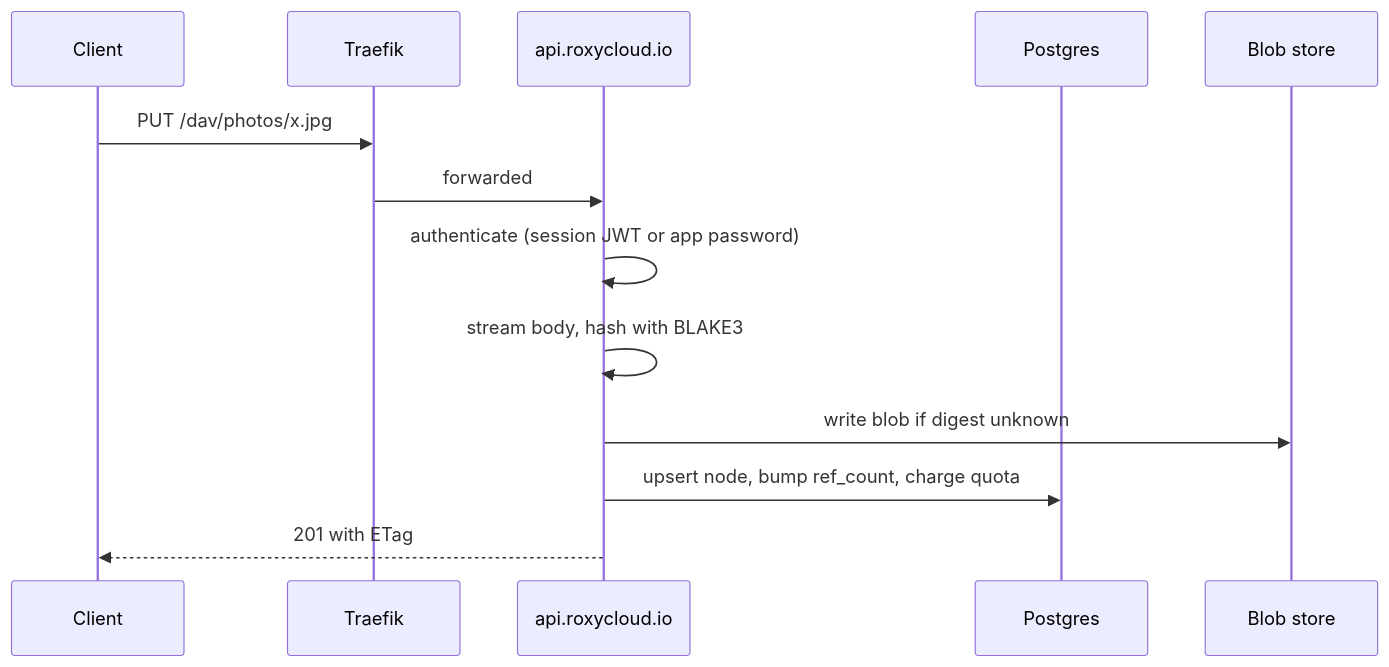
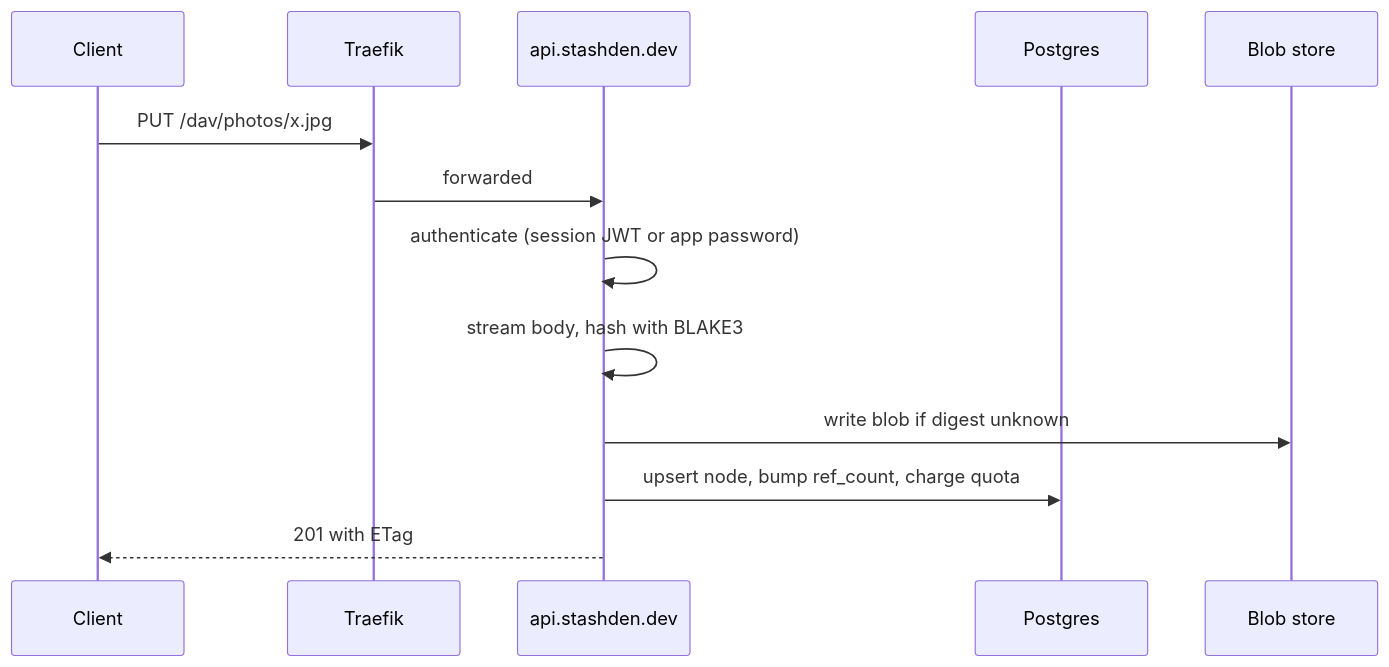
One commit to FerrLabs/RoxyCloud changed the second of 4 diagrams in ARCHITECTURE.md. Above: the diagram before and after it, drawn with Mermaid. The commit also changed other lines of this file and 25 other files, not shown here.

````diff
--- a/ARCHITECTURE.md
+++ b/ARCHITECTURE.md
@@ -335,16 +336,16 @@
 ```mermaid
 sequenceDiagram
     participant C as Client
     participant T as Traefik
-    participant A as api.roxycloud.io
+    participant A as api.stashden.dev
     participant P as Postgres
     participant B as Blob store
 
     C->>T: PUT /dav/photos/x.jpg
     T->>A: forwarded
     A->>A: authenticate (session JWT or app password)
     A->>A: stream body, hash with BLAKE3
     A->>B: write blob if digest unknown
     A->>P: upsert node, bump ref_count, charge quota
     A-->>C: 201 with ETag
 ```
````
